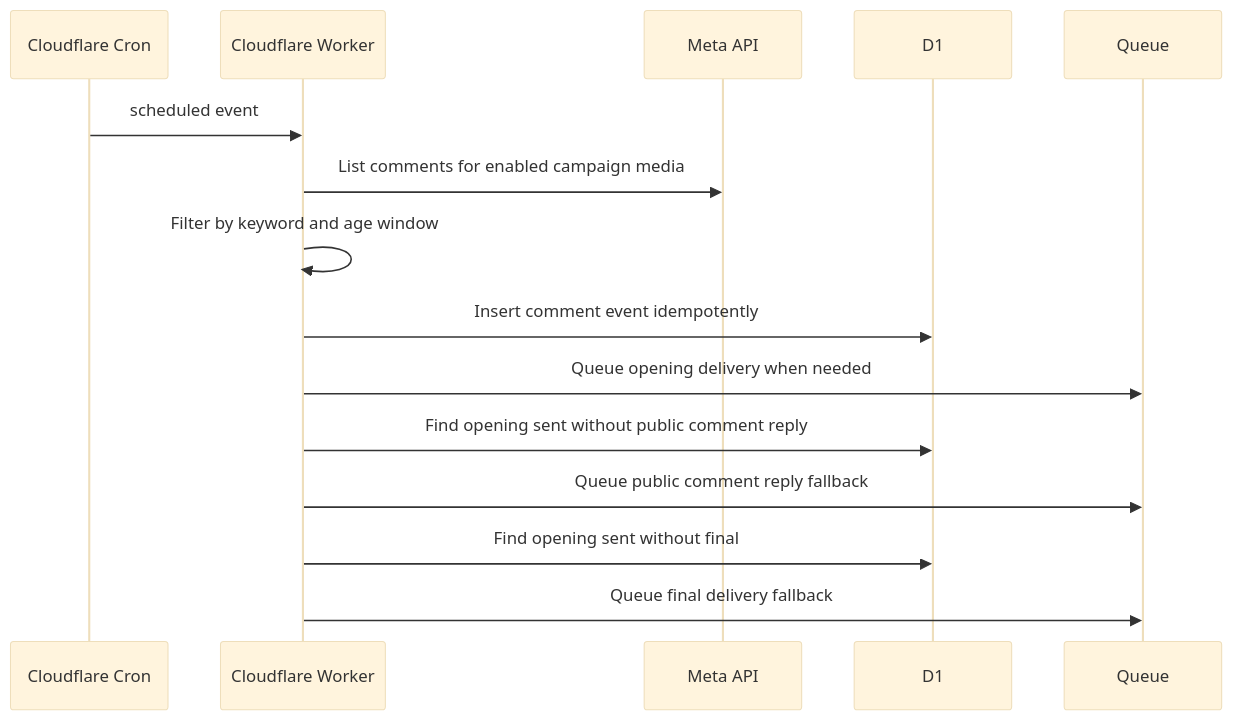
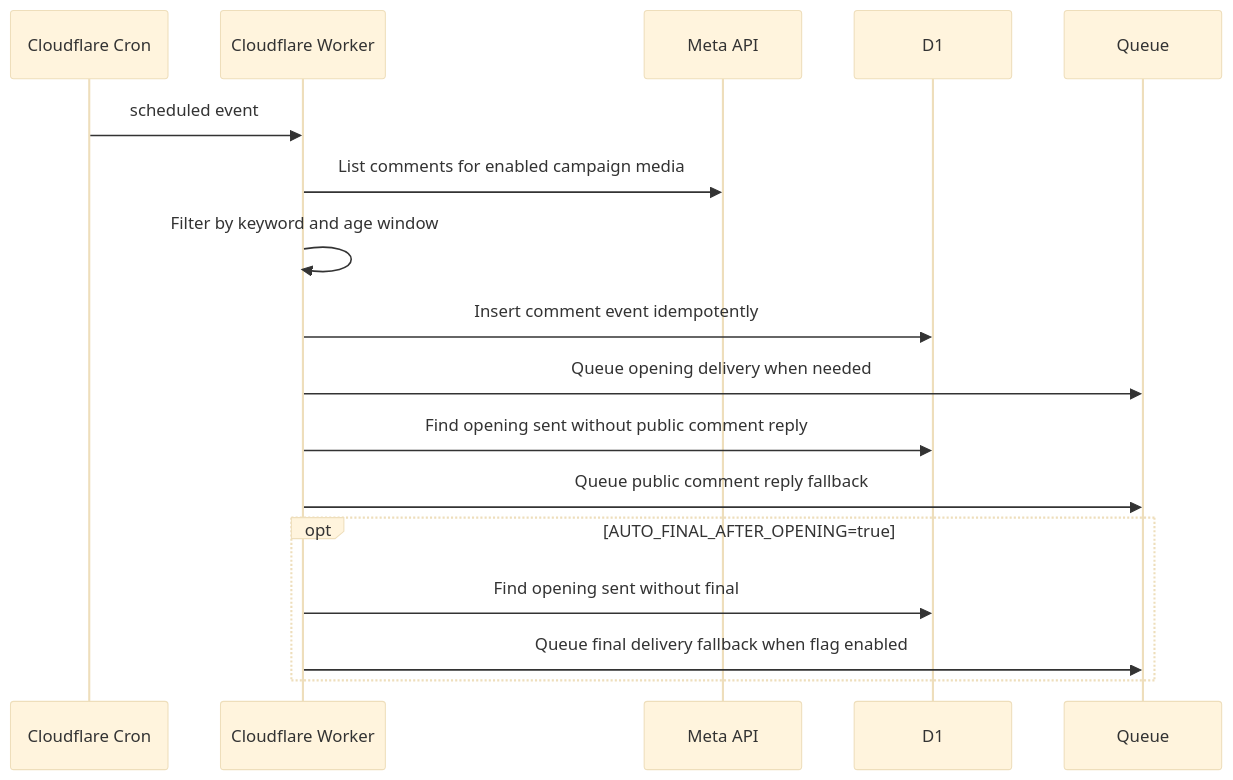
One commit to aldoprianandi/ig-autodm-worker changed the fourth of 4 diagrams in docs/03-architecture.md. Above: the diagram before and after it, drawn with Mermaid (base theme). The commit also changed other lines of this file and 36 other files, not shown here.

````diff
--- a/docs/03-architecture.md
+++ b/docs/03-architecture.md
@@ -173,18 +173,20 @@
 ```mermaid
 sequenceDiagram
   participant Cron as Cloudflare Cron
   participant Worker as Cloudflare Worker
   participant API as Meta API
   participant D1 as D1
   participant Q as Queue
 
   Cron->>Worker: scheduled event
   Worker->>API: List comments for enabled campaign media
   Worker->>Worker: Filter by keyword and age window
   Worker->>D1: Insert comment event idempotently
   Worker->>Q: Queue opening delivery when needed
   Worker->>D1: Find opening sent without public comment reply
   Worker->>Q: Queue public comment reply fallback
-  Worker->>D1: Find opening sent without final
-  Worker->>Q: Queue final delivery fallback
+  opt AUTO_FINAL_AFTER_OPENING=true
+    Worker->>D1: Find opening sent without final
+    Worker->>Q: Queue final delivery fallback when flag enabled
+  end
 ```
````
